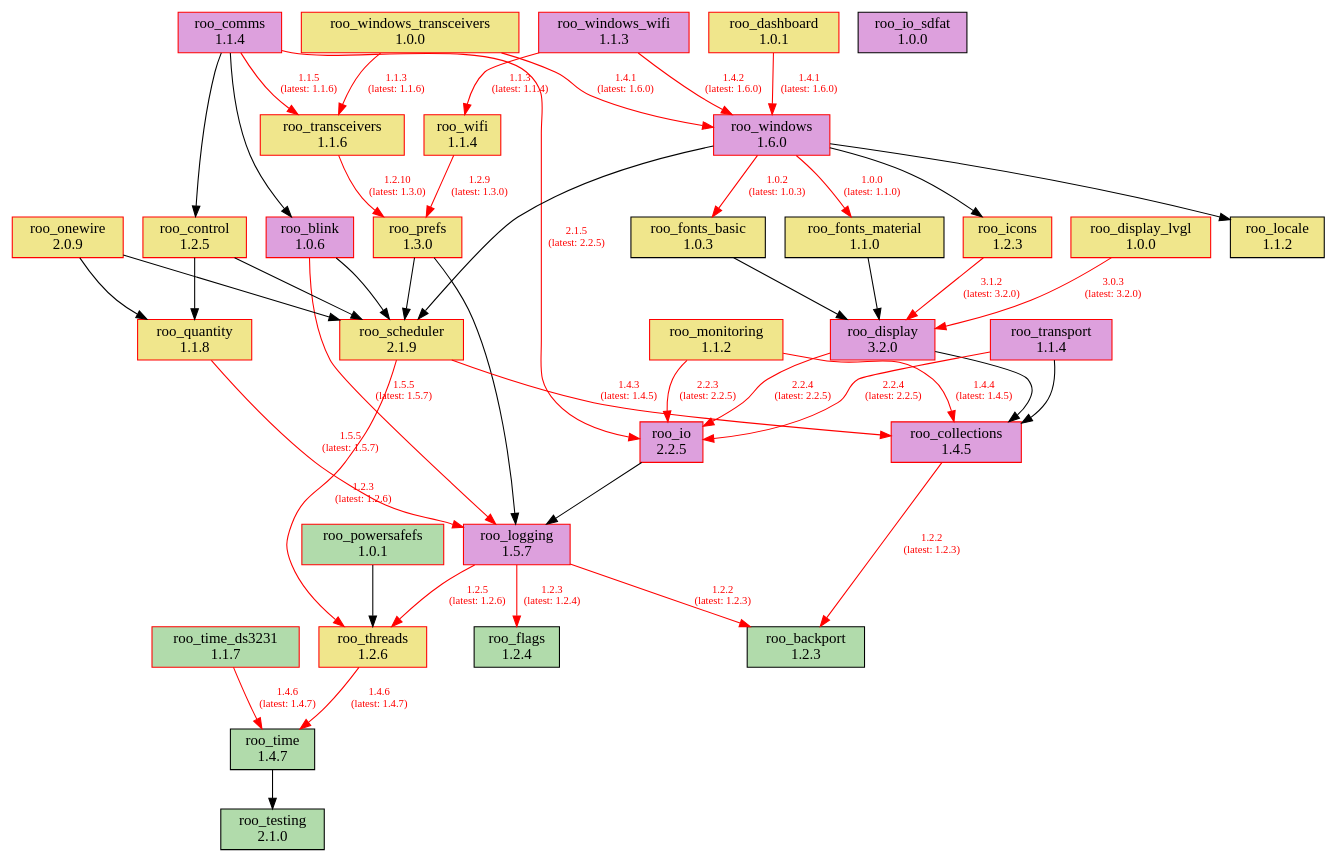
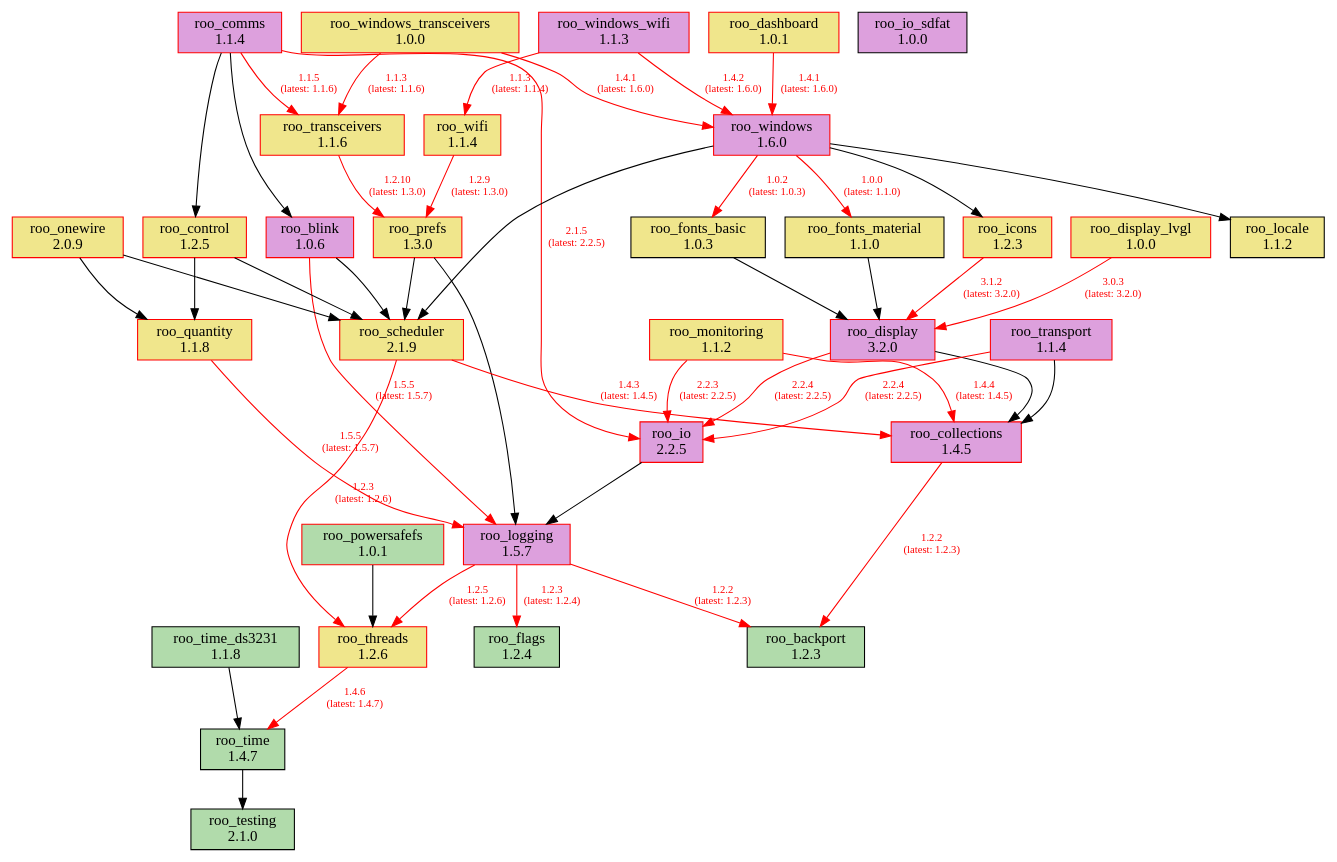
One commit to dejwk/roo-registry changed the diagram in doc/dependencies.dot. Above: the diagram before and after it, drawn with Graphviz. The commit also changed 3 other files, not shown here.

Commit message:
Added roo_time_ds3231 1.1.8 to the registry.

```diff
--- a/doc/dependencies.dot
+++ b/doc/dependencies.dot
@@ -1,87 +1,87 @@
 digraph dependencies {
     rankdir=TB;
     node [shape=box, style=filled];
     edge [fontsize=10];
 
     // Modules
     "roo_backport" [label="roo_backport\n1.2.3", fillcolor="#b1dbab", color="black"];
     "roo_blink" [label="roo_blink\n1.0.6", fillcolor="plum", color="red"];
     "roo_collections" [label="roo_collections\n1.4.5", fillcolor="plum", color="red"];
     "roo_comms" [label="roo_comms\n1.1.4", fillcolor="plum", color="red"];
     "roo_control" [label="roo_control\n1.2.5", fillcolor="khaki", color="red"];
     "roo_dashboard" [label="roo_dashboard\n1.0.1", fillcolor="khaki", color="red"];
     "roo_display" [label="roo_display\n3.2.0", fillcolor="plum", color="red"];
     "roo_display_lvgl" [label="roo_display_lvgl\n1.0.0", fillcolor="khaki", color="red"];
     "roo_flags" [label="roo_flags\n1.2.4", fillcolor="#b1dbab", color="black"];
     "roo_fonts_basic" [label="roo_fonts_basic\n1.0.3", fillcolor="khaki", color="black"];
     "roo_fonts_material" [label="roo_fonts_material\n1.1.0", fillcolor="khaki", color="black"];
     "roo_icons" [label="roo_icons\n1.2.3", fillcolor="khaki", color="red"];
     "roo_io" [label="roo_io\n2.2.5", fillcolor="plum", color="red"];
     "roo_io_sdfat" [label="roo_io_sdfat\n1.0.0", fillcolor="plum", color="black"];
     "roo_locale" [label="roo_locale\n1.1.2", fillcolor="khaki", color="black"];
     "roo_logging" [label="roo_logging\n1.5.7", fillcolor="plum", color="red"];
     "roo_monitoring" [label="roo_monitoring\n1.1.2", fillcolor="khaki", color="red"];
     "roo_onewire" [label="roo_onewire\n2.0.9", fillcolor="khaki", color="red"];
     "roo_powersafefs" [label="roo_powersafefs\n1.0.1", fillcolor="#b1dbab", color="red"];
     "roo_prefs" [label="roo_prefs\n1.3.0", fillcolor="khaki", color="red"];
     "roo_quantity" [label="roo_quantity\n1.1.8", fillcolor="khaki", color="red"];
     "roo_scheduler" [label="roo_scheduler\n2.1.9", fillcolor="khaki", color="red"];
     "roo_testing" [label="roo_testing\n2.1.0", fillcolor="#b1dbab", color="black"];
     "roo_threads" [label="roo_threads\n1.2.6", fillcolor="khaki", color="red"];
     "roo_time" [label="roo_time\n1.4.7", fillcolor="#b1dbab", color="black"];
-    "roo_time_ds3231" [label="roo_time_ds3231\n1.1.7", fillcolor="#b1dbab", color="red"];
+    "roo_time_ds3231" [label="roo_time_ds3231\n1.1.8", fillcolor="#b1dbab", color="black"];
     "roo_transceivers" [label="roo_transceivers\n1.1.6", fillcolor="khaki", color="red"];
     "roo_transport" [label="roo_transport\n1.1.4", fillcolor="plum", color="red"];
     "roo_wifi" [label="roo_wifi\n1.1.4", fillcolor="khaki", color="red"];
     "roo_windows" [label="roo_windows\n1.6.0", fillcolor="plum", color="red"];
     "roo_windows_transceivers" [label="roo_windows_transceivers\n1.0.0", fillcolor="khaki", color="red"];
     "roo_windows_wifi" [label="roo_windows_wifi\n1.1.3", fillcolor="plum", color="red"];
 
     // Dependencies
     "roo_blink" -> "roo_logging" [color=red, fontcolor=red, label="1.5.5\n(latest: 1.5.7)"];
     "roo_blink" -> "roo_scheduler";
     "roo_collections" -> "roo_backport" [color=red, fontcolor=red, label="1.2.2\n(latest: 1.2.3)"];
     "roo_comms" -> "roo_blink";
     "roo_comms" -> "roo_control";
     "roo_comms" -> "roo_io" [color=red, fontcolor=red, label="2.1.5\n(latest: 2.2.5)"];
     "roo_comms" -> "roo_transceivers" [color=red, fontcolor=red, label="1.1.5\n(latest: 1.1.6)"];
     "roo_control" -> "roo_quantity";
     "roo_control" -> "roo_scheduler";
     "roo_dashboard" -> "roo_windows" [color=red, fontcolor=red, label="1.4.1\n(latest: 1.6.0)"];
     "roo_display" -> "roo_collections";
     "roo_display" -> "roo_io" [color=red, fontcolor=red, label="2.2.4\n(latest: 2.2.5)"];
     "roo_display_lvgl" -> "roo_display" [color=red, fontcolor=red, label="3.0.3\n(latest: 3.2.0)"];
     "roo_fonts_basic" -> "roo_display";
     "roo_fonts_material" -> "roo_display";
     "roo_icons" -> "roo_display" [color=red, fontcolor=red, label="3.1.2\n(latest: 3.2.0)"];
     "roo_io" -> "roo_logging";
     "roo_logging" -> "roo_backport" [color=red, fontcolor=red, label="1.2.2\n(latest: 1.2.3)"];
     "roo_logging" -> "roo_flags" [color=red, fontcolor=red, label="1.2.3\n(latest: 1.2.4)"];
     "roo_logging" -> "roo_threads" [color=red, fontcolor=red, label="1.2.5\n(latest: 1.2.6)"];
     "roo_monitoring" -> "roo_collections" [color=red, fontcolor=red, label="1.4.4\n(latest: 1.4.5)"];
     "roo_monitoring" -> "roo_io" [color=red, fontcolor=red, label="2.2.3\n(latest: 2.2.5)"];
     "roo_onewire" -> "roo_scheduler";
     "roo_onewire" -> "roo_quantity";
     "roo_powersafefs" -> "roo_threads";
     "roo_prefs" -> "roo_logging";
     "roo_prefs" -> "roo_scheduler";
     "roo_quantity" -> "roo_logging" [color=red, fontcolor=red, label="1.5.5\n(latest: 1.5.7)"];
     "roo_scheduler" -> "roo_collections" [color=red, fontcolor=red, label="1.4.3\n(latest: 1.4.5)"];
     "roo_scheduler" -> "roo_threads" [color=red, fontcolor=red, label="1.2.3\n(latest: 1.2.6)"];
     "roo_threads" -> "roo_time" [color=red, fontcolor=red, label="1.4.6\n(latest: 1.4.7)"];
     "roo_time" -> "roo_testing";
-    "roo_time_ds3231" -> "roo_time" [color=red, fontcolor=red, label="1.4.6\n(latest: 1.4.7)"];
+    "roo_time_ds3231" -> "roo_time";
     "roo_transceivers" -> "roo_prefs" [color=red, fontcolor=red, label="1.2.10\n(latest: 1.3.0)"];
     "roo_transport" -> "roo_collections";
     "roo_transport" -> "roo_io" [color=red, fontcolor=red, label="2.2.4\n(latest: 2.2.5)"];
     "roo_wifi" -> "roo_prefs" [color=red, fontcolor=red, label="1.2.9\n(latest: 1.3.0)"];
     "roo_windows" -> "roo_fonts_basic" [color=red, fontcolor=red, label="1.0.2\n(latest: 1.0.3)"];
     "roo_windows" -> "roo_fonts_material" [color=red, fontcolor=red, label="1.0.0\n(latest: 1.1.0)"];
     "roo_windows" -> "roo_locale";
     "roo_windows" -> "roo_icons";
     "roo_windows" -> "roo_scheduler";
     "roo_windows_transceivers" -> "roo_transceivers" [color=red, fontcolor=red, label="1.1.3\n(latest: 1.1.6)"];
     "roo_windows_transceivers" -> "roo_windows" [color=red, fontcolor=red, label="1.4.1\n(latest: 1.6.0)"];
     "roo_windows_wifi" -> "roo_wifi" [color=red, fontcolor=red, label="1.1.3\n(latest: 1.1.4)"];
     "roo_windows_wifi" -> "roo_windows" [color=red, fontcolor=red, label="1.4.2\n(latest: 1.6.0)"];
 }
```
